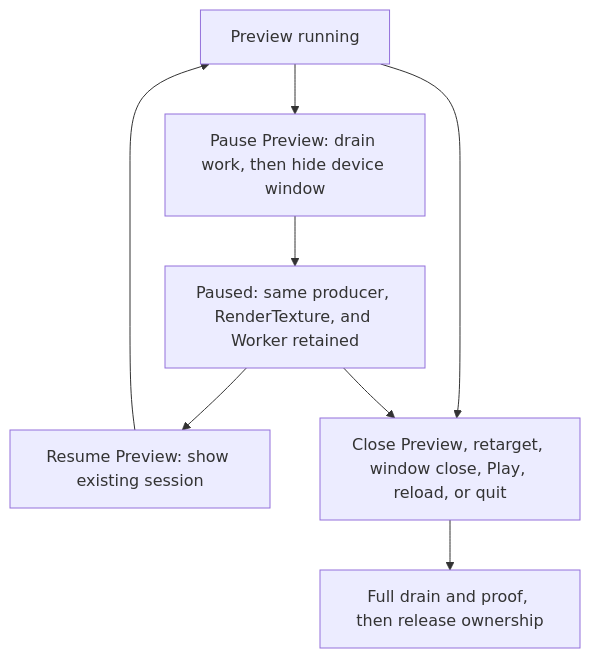
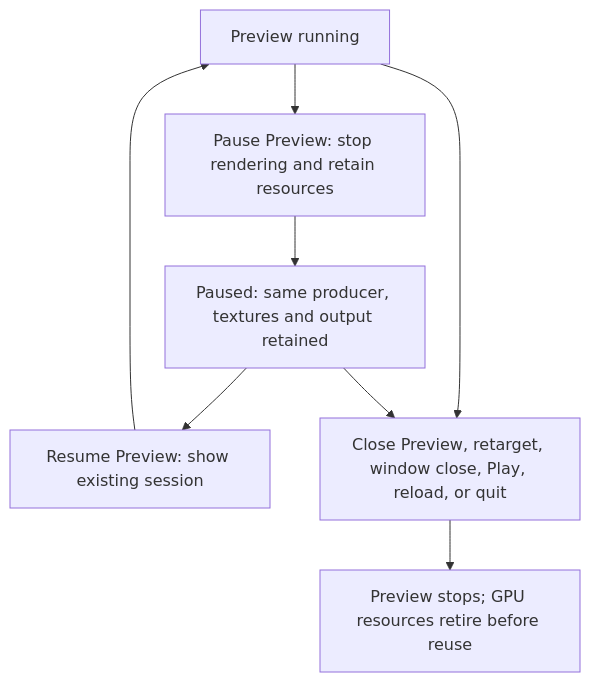
The fourth of 4 diagrams in docs/quilt-authoring.md (zabaglione/ViewWeave), drawn with Mermaid before and after one commit. The commit also changed other lines of this file and 73 other files, not shown here.

````diff
--- a/docs/quilt-authoring.md
+++ b/docs/quilt-authoring.md
@@ -109,10 +109,10 @@
 ```mermaid
 flowchart TB
-    Running["Preview running"] --> Pausing["Pause Preview: drain work, then hide device window"]
-    Pausing --> Paused["Paused: same producer, RenderTexture, and Worker retained"]
+    Running["Preview running"] --> Pausing["Pause Preview: stop rendering and retain resources"]
+    Pausing --> Paused["Paused: same producer, textures and output retained"]
     Paused --> Resuming["Resume Preview: show existing session"]
     Resuming --> Running
     Running --> Closing["Close Preview, retarget, window close, Play, reload, or quit"]
     Paused --> Closing
-    Closing --> Closed["Full drain and proof, then release ownership"]
+    Closing --> Closed["Preview stops; GPU resources retire before reuse"]
 ```
````
